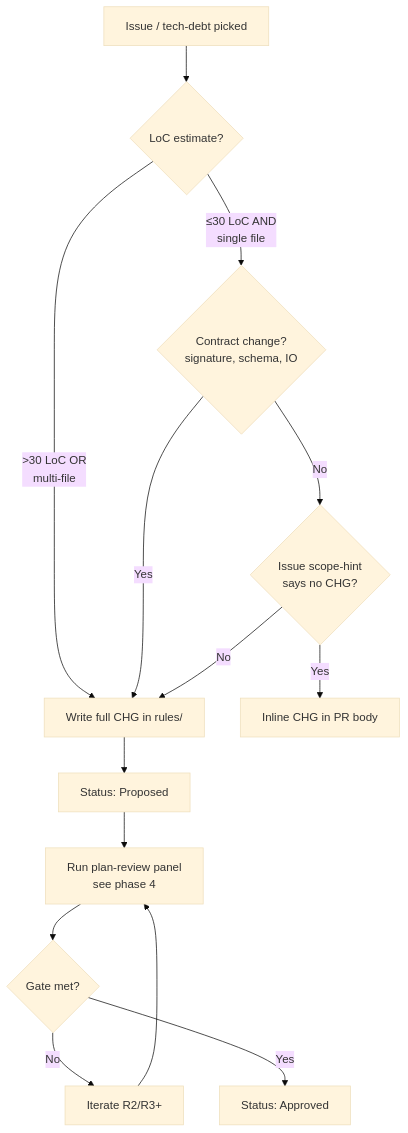
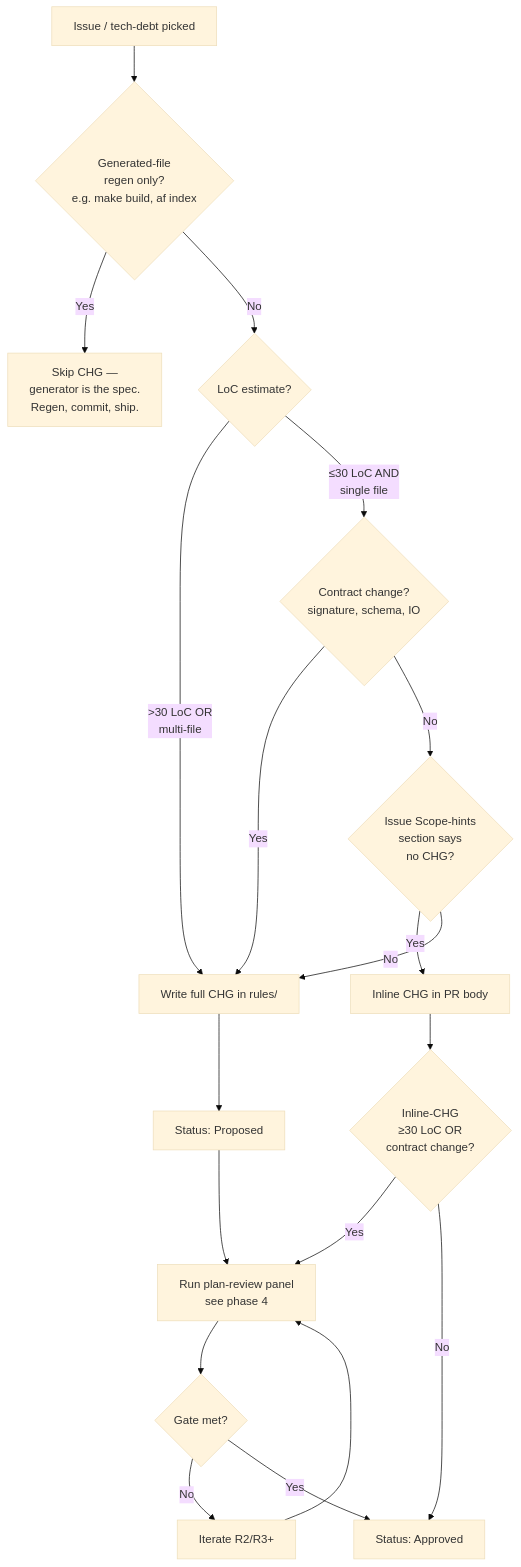
One commit to frankyxhl/trinity changed the second of 6 diagrams in rules/TRN-1008-SOP-Multi-Agent-Review-Loop.md. Above: the diagram before and after it, drawn with Mermaid (base theme). The commit also changed other lines of this file and 4 other files, not shown here.

````diff
--- a/rules/TRN-1008-SOP-Multi-Agent-Review-Loop.md
+++ b/rules/TRN-1008-SOP-Multi-Agent-Review-Loop.md
@@ -120,16 +126,21 @@
 ```mermaid
 flowchart TD
-    A[Issue / tech-debt picked] --> B{LoC estimate?}
+    A[Issue / tech-debt picked] --> X{Generated-file<br/>regen only?<br/>e.g. make build, af index}
+    X -- Yes --> Z1[Skip CHG —<br/>generator is the spec.<br/>Regen, commit, ship.]
+    X -- No --> B{LoC estimate?}
     B -- ">30 LoC OR<br/>multi-file" --> C[Write full CHG in rules/]
     B -- "≤30 LoC AND<br/>single file" --> D{Contract change?<br/>signature, schema, IO}
     D -- Yes --> C
-    D -- No --> E{Issue scope-hint<br/>says no CHG?}
+    D -- No --> E{Issue Scope-hints<br/>section says<br/>no CHG?}
     E -- Yes --> F[Inline CHG in PR body]
     E -- No --> C
+    F --> P{Inline-CHG<br/>≥30 LoC OR<br/>contract change?}
+    P -- Yes --> H
+    P -- No --> K
     C --> G[Status: Proposed]
     G --> H[Run plan-review panel<br/>see phase 4]
     H --> I{Gate met?}
     I -- No --> J[Iterate R2/R3+]
     J --> H
     I -- Yes --> K[Status: Approved]
 ```
````
